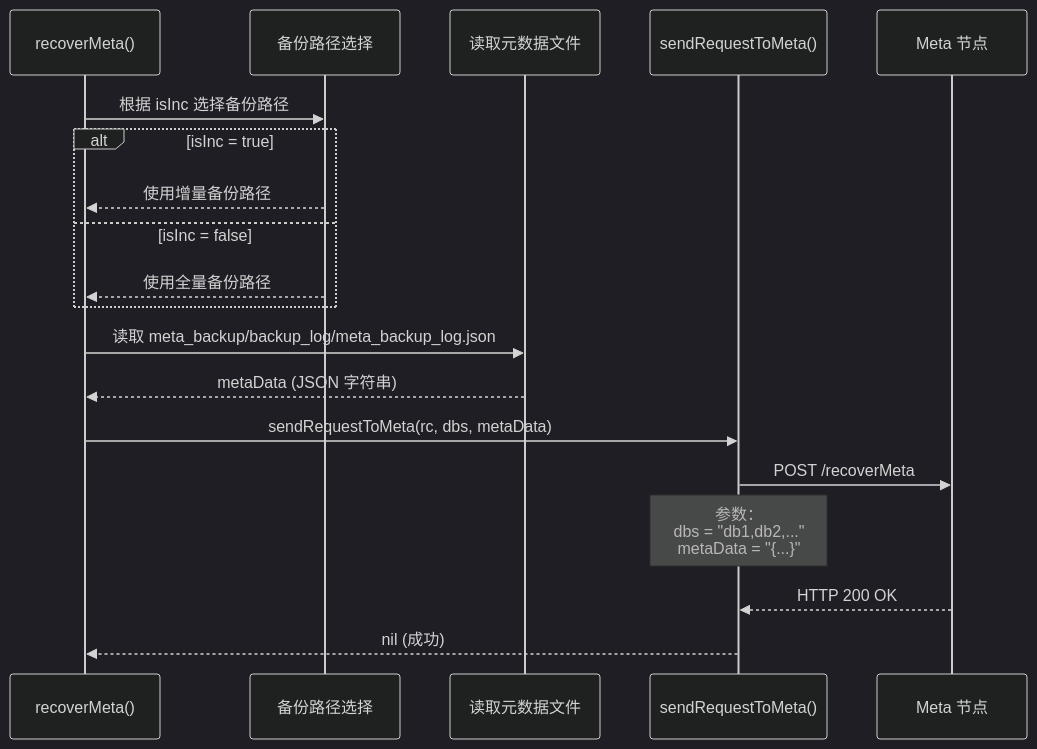
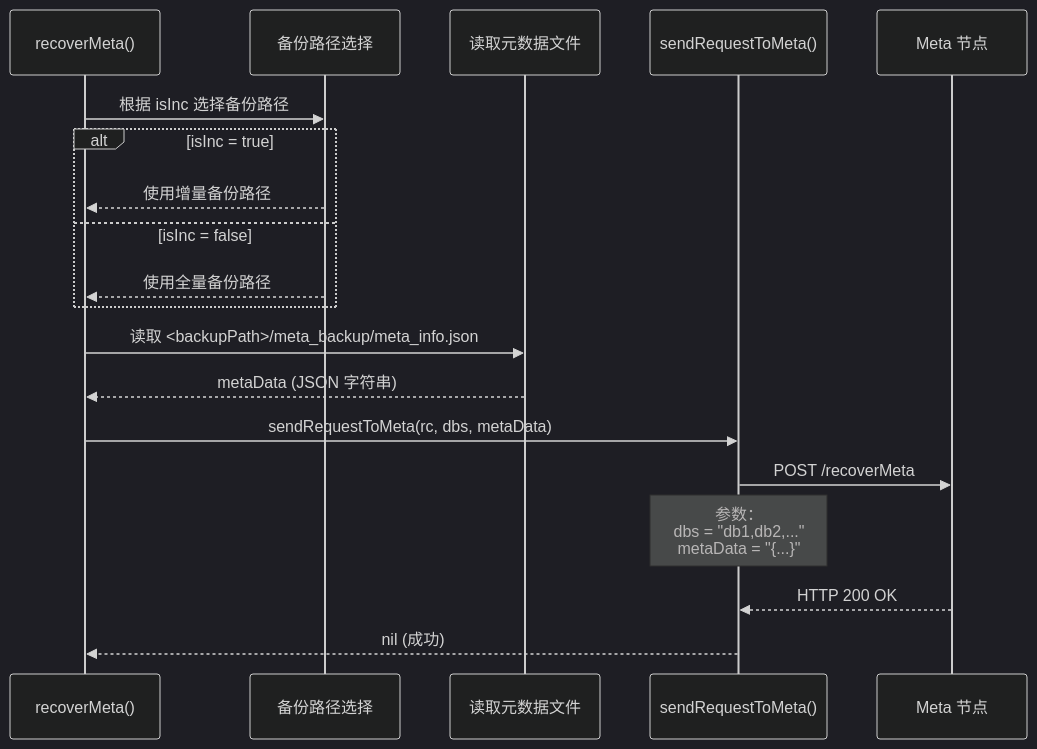
One commit to stefanv5/openGemini changed the sixth of 11 diagrams in docs/specs/35_recovery_tool_spec.md. Above: the diagram before and after it, drawn with Mermaid (dark theme). The commit also changed other lines of this file and 37 other files, not shown here.

````diff
--- a/docs/specs/35_recovery_tool_spec.md
+++ b/docs/specs/35_recovery_tool_spec.md
@@ -604,24 +642,24 @@
 ```mermaid
 sequenceDiagram
     participant RD as recoverMeta()
     participant Path as 备份路径选择
     participant File as 读取元数据文件
     participant HTTP as sendRequestToMeta()
     participant Meta as Meta 节点
 
     RD->>Path: 根据 isInc 选择备份路径
     alt isInc = true
         Path-->>RD: 使用增量备份路径
     else isInc = false
         Path-->>RD: 使用全量备份路径
     end
 
-    RD->>File: 读取 meta_backup/backup_log/meta_backup_log.json
+    RD->>File: 读取 <backupPath>/meta_backup/meta_info.json
     File-->>RD: metaData (JSON 字符串)
 
     RD->>HTTP: sendRequestToMeta(rc, dbs, metaData)
     HTTP->>Meta: POST /recoverMeta
     Note over HTTP: 参数：<br/>dbs = "db1,db2,..."<br/>metaData = "{...}"
     Meta-->>HTTP: HTTP 200 OK
     HTTP-->>RD: nil (成功)
 ```
````
